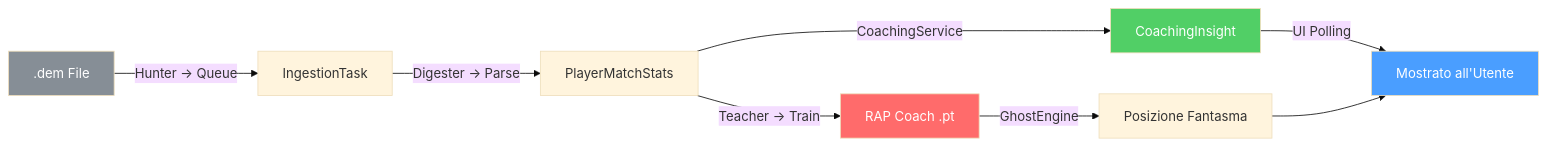
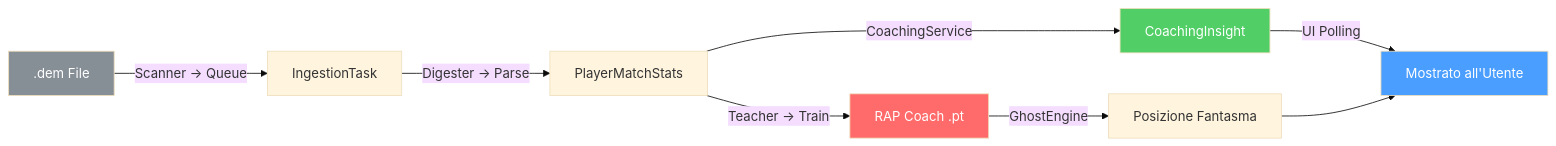
One commit to renanaugustomacena-ux/Counter-Strike-coach-AI changed diagram 53 of 55 in docs/books/Book-Coach-3.md. Above: the diagram before and after it, drawn with Mermaid (base theme). The commit also changed other lines of this file, not shown here.

````diff
--- a/docs/books/Book-Coach-3.md
+++ b/docs/books/Book-Coach-3.md
@@ -2920,15 +2942,15 @@
 ```mermaid
 flowchart LR
-    FILE[".dem File"] -->|"Hunter → Queue"| QUEUE["IngestionTask"]
+    FILE[".dem File"] -->|"Scanner → Queue"| QUEUE["IngestionTask"]
     QUEUE -->|"Digester → Parse"| STATS["PlayerMatchStats"]
     STATS -->|"Teacher → Train"| MODEL["RAP Coach .pt"]
     STATS -->|"CoachingService"| INSIGHT["CoachingInsight"]
     MODEL -->|"GhostEngine"| GHOST["Posizione Fantasma"]
     INSIGHT -->|"UI Polling"| DISPLAY["Mostrato all'Utente"]
     GHOST --> DISPLAY
 
     style FILE fill:#868e96,color:#fff
     style MODEL fill:#ff6b6b,color:#fff
     style INSIGHT fill:#51cf66,color:#fff
     style DISPLAY fill:#4a9eff,color:#fff
 ```
````
